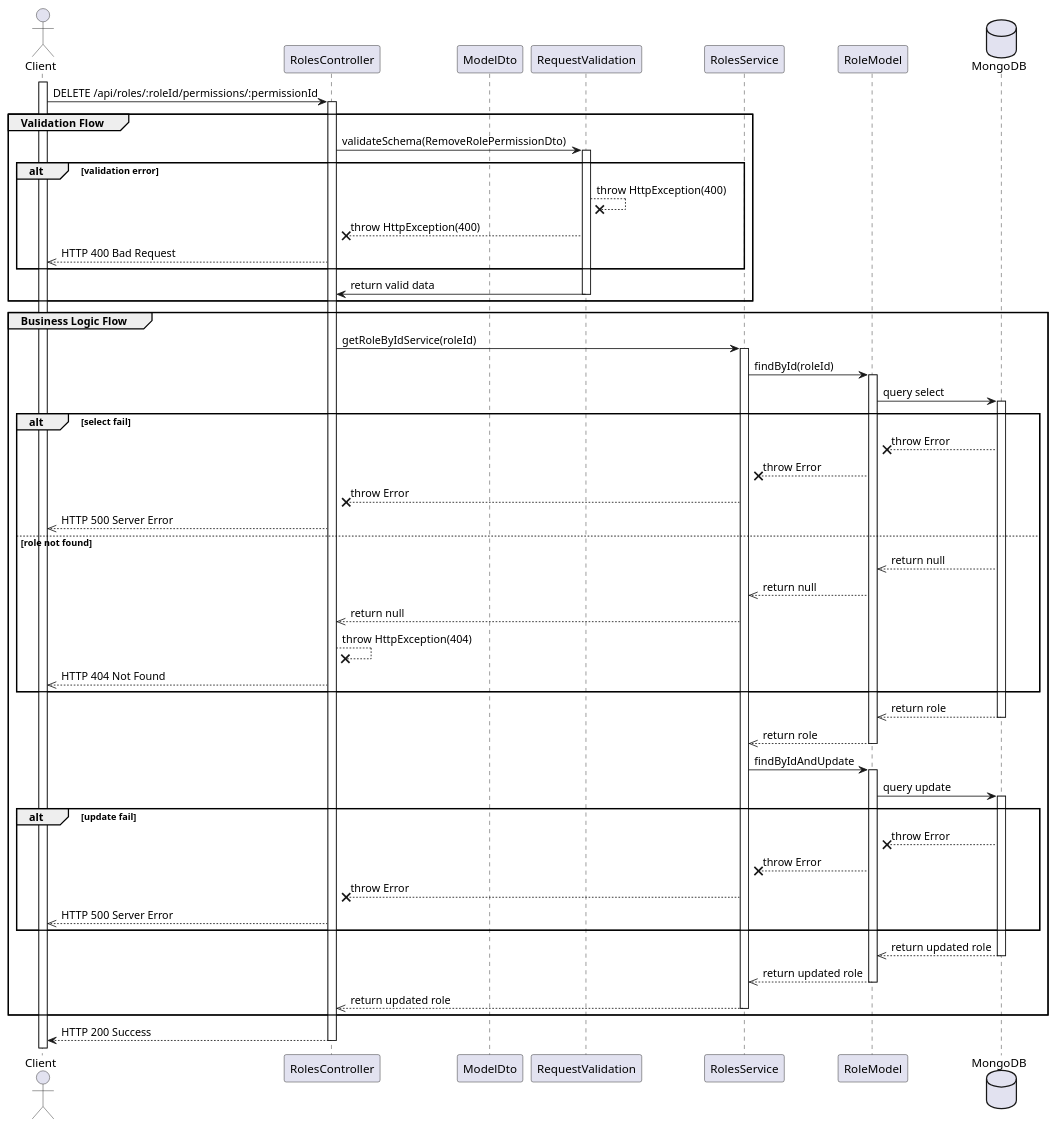
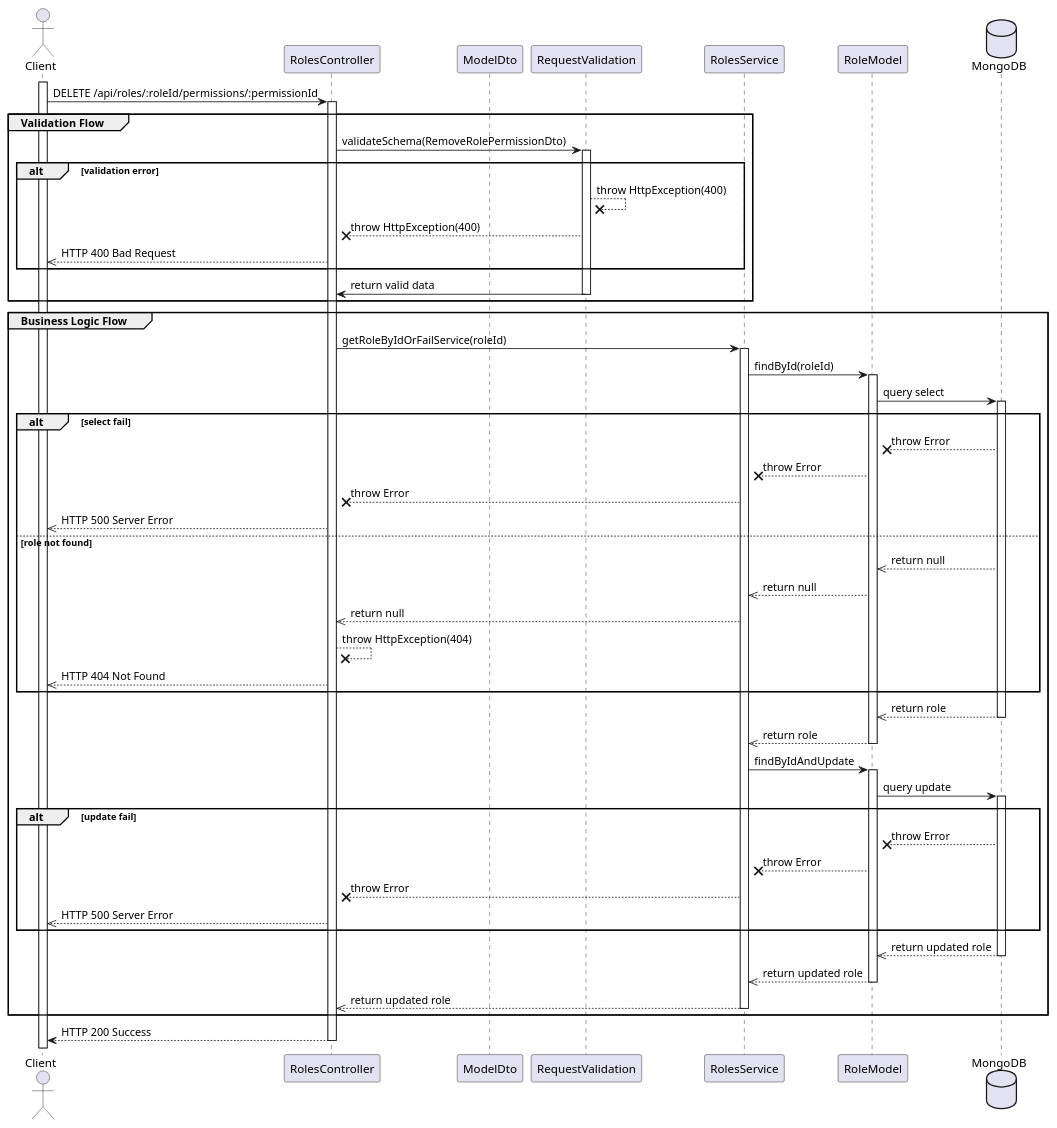
The diagram in docs/sequences/UC12-ManageRoles/UC12.10-RemoveRolePermission.wsd (hiusnguyen201/BE_ClothingShop), drawn with PlantUML before and after one commit. The commit also changed 179 other files, not shown here.

```diff
--- a/docs/sequences/UC12-ManageRoles/UC12.10-RemoveRolePermission.wsd
+++ b/docs/sequences/UC12-ManageRoles/UC12.10-RemoveRolePermission.wsd
@@ -1,79 +1,79 @@
 @startuml Remove Role Permission
 
 actor Client
 participant RolesController
 participant ModelDto
 participant RequestValidation
 participant RolesService
 participant RoleModel
 database MongoDB
 
 activate Client
 Client -> RolesController: DELETE /api/roles/:roleId/permissions/:permissionId
 activate RolesController
 
 group Validation Flow
     RolesController -> RequestValidation: validateSchema(RemoveRolePermissionDto)
     activate RequestValidation
     
     alt validation error
         RequestValidation --x RequestValidation: throw HttpException(400)
         RequestValidation --x RolesController: throw HttpException(400)
         RolesController -->> Client: HTTP 400 Bad Request
     end
 
     RequestValidation -> RolesController: return valid data
     deactivate RequestValidation
 end
 
 group Business Logic Flow
-    RolesController -> RolesService: getRoleByIdService(roleId)
+    RolesController -> RolesService: getRoleByIdOrFailService(roleId)
     activate RolesService
     
     RolesService -> RoleModel: findById(roleId)
     activate RoleModel
     RoleModel -> MongoDB: query select
     activate MongoDB
 
     alt select fail
         MongoDB --x RoleModel: throw Error
         RoleModel --x RolesService: throw Error
         RolesService --x RolesController: throw Error
         RolesController -->> Client: HTTP 500 Server Error
     else role not found
         MongoDB -->> RoleModel: return null
         RoleModel -->> RolesService: return null
         RolesService -->> RolesController: return null
         RolesController --x RolesController: throw HttpException(404)
         RolesController -->> Client: HTTP 404 Not Found
     end
 
     MongoDB -->> RoleModel: return role
     deactivate MongoDB
     RoleModel -->> RolesService: return role
     deactivate RoleModel
 
     RolesService -> RoleModel: findByIdAndUpdate
     activate RoleModel
     RoleModel -> MongoDB: query update
     activate MongoDB
 
     alt update fail
         MongoDB --x RoleModel: throw Error
         RoleModel --x RolesService: throw Error
         RolesService --x RolesController: throw Error
         RolesController -->> Client: HTTP 500 Server Error
     end
 
     MongoDB -->> RoleModel: return updated role
     deactivate MongoDB
     RoleModel -->> RolesService: return updated role
     deactivate RoleModel
     RolesService -->> RolesController: return updated role
     deactivate RolesService
 end
 
 RolesController --> Client: HTTP 200 Success
 deactivate RolesController
 
 @enduml
```
